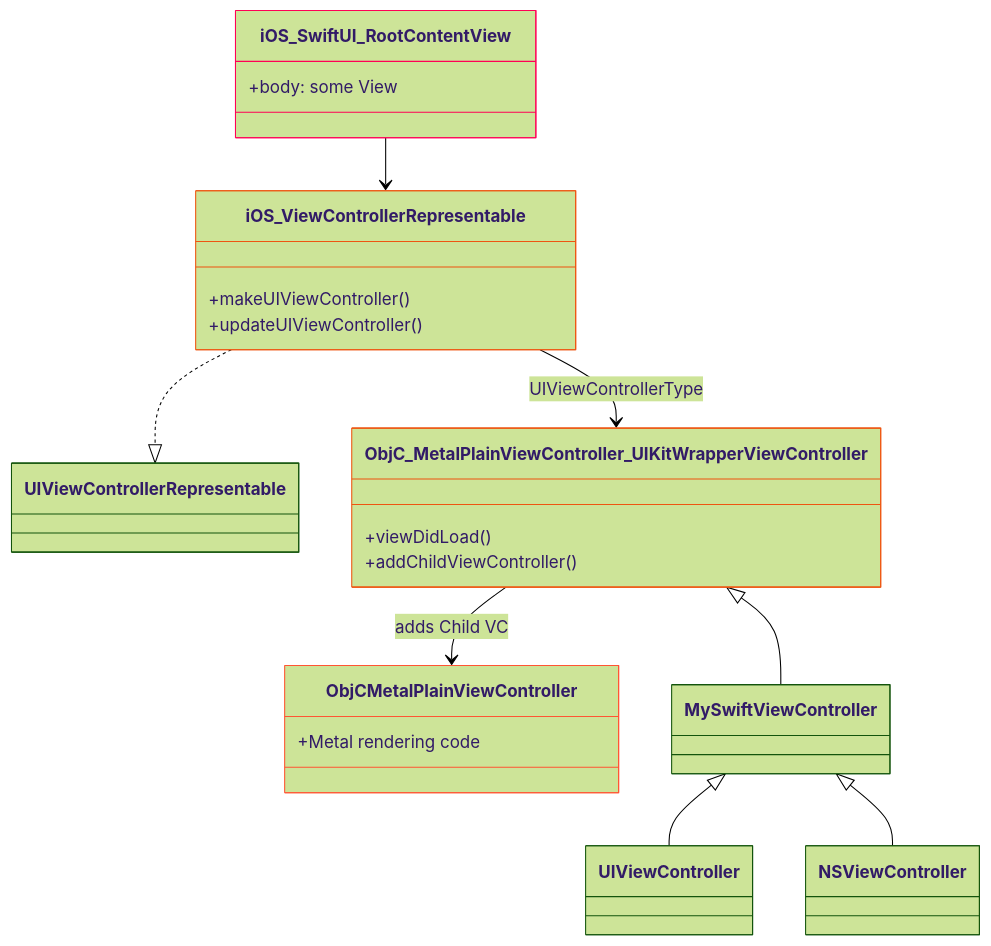
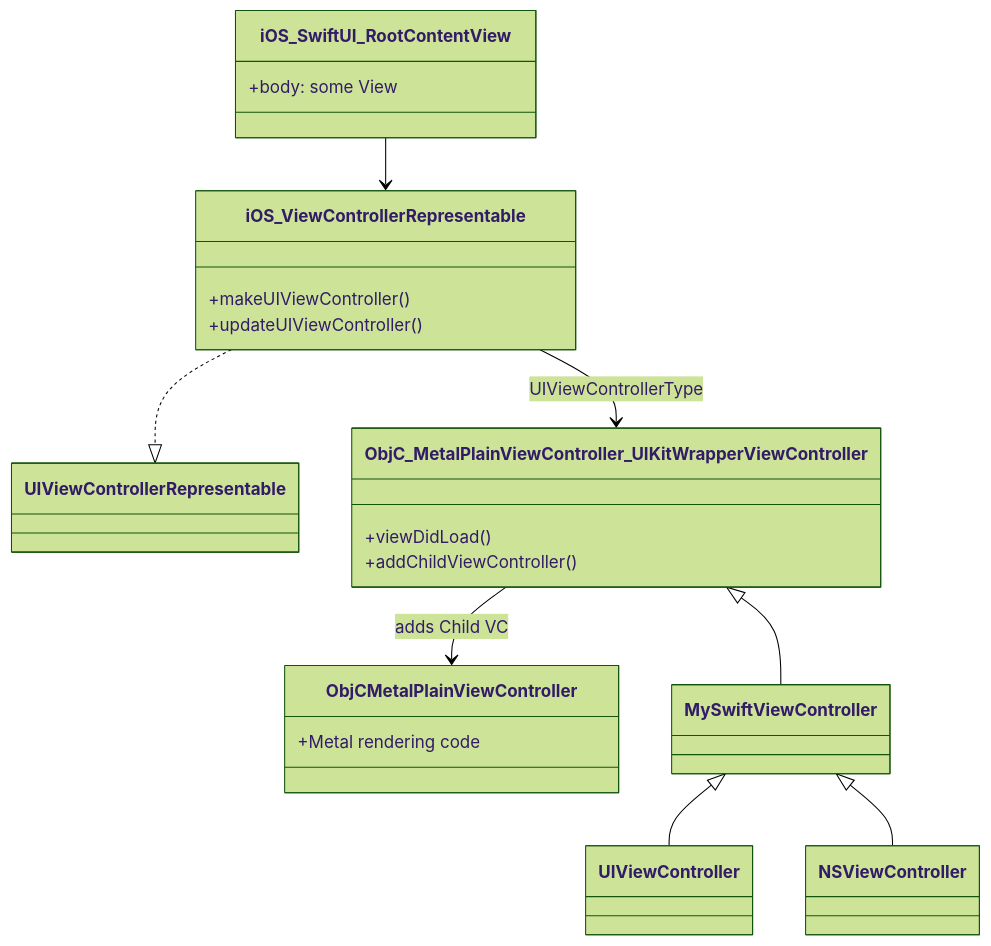
Before and after one commit to CongLeSolutionX/Metal-Primitives: the third of 17 diagrams in Documentation.md, drawn with Mermaid (forest theme). The commit also changed other lines of this file and 2 other files, not shown here.

````diff
--- a/Documentation.md
+++ b/Documentation.md
@@ -129,46 +140,47 @@
 ```mermaid
 classDiagram
 
     %% SwiftUI Views
     class iOS_SwiftUI_RootContentView {
         +body: some View
     }
     class iOS_SwiftUI_RootContentView:::SwiftUIView
 
     class iOS_ViewControllerRepresentable {
         +makeUIViewController()
         +updateUIViewController()
     }
     class iOS_ViewControllerRepresentable:::UIViewControllerRepresentable
     iOS_ViewControllerRepresentable ..|> UIViewControllerRepresentable
 
     iOS_SwiftUI_RootContentView --> iOS_ViewControllerRepresentable
 
     %% UIKit View Controller Wrapper
     class ObjC_MetalPlainViewController_UIKitWrapperViewController {
         +viewDidLoad()
         +addChildViewController()
     }
     class ObjC_MetalPlainViewController_UIKitWrapperViewController:::ViewController
     iOS_ViewControllerRepresentable --> ObjC_MetalPlainViewController_UIKitWrapperViewController : UIViewControllerType
 
     %% Objective-C View Controller
     class ObjCMetalPlainViewController {
         +Metal rendering code
     }
     class ObjCMetalPlainViewController:::ObjectiveCVC
     ObjC_MetalPlainViewController_UIKitWrapperViewController --> ObjCMetalPlainViewController : adds Child VC
 
     %% Typealiases and Base Classes
     class MySwiftViewController
     MySwiftViewController <|-- UIViewController
     MySwiftViewController <|-- NSViewController
     ObjC_MetalPlainViewController_UIKitWrapperViewController <|-- MySwiftViewController
 
-        %% Define styles
-    classDef UIViewControllerRepresentable fill:#E810F,stroke:#F54
-    classDef ViewController fill:#FCE8E,stroke:#E51
-    classDef SwiftUIView fill:#FFF7E,stroke:#F05
-    classDef ObjectiveCVC fill:#E6F4E,stroke:#F53
+    %%%%Note: GitHub does not support this ssyntax for now%%%%
+    %% Define styles
+    %%classDef UIViewControllerRepresentable fill:#E810F,stroke:#F54
+    %%classDef ViewController fill:#FCE8E,stroke:#E51
+    %%classDef SwiftUIView fill:#FFF7E,stroke:#F05
+    %%classDef ObjectiveCVC fill:#E6F4E,stroke:#F53
 
 ```
````
